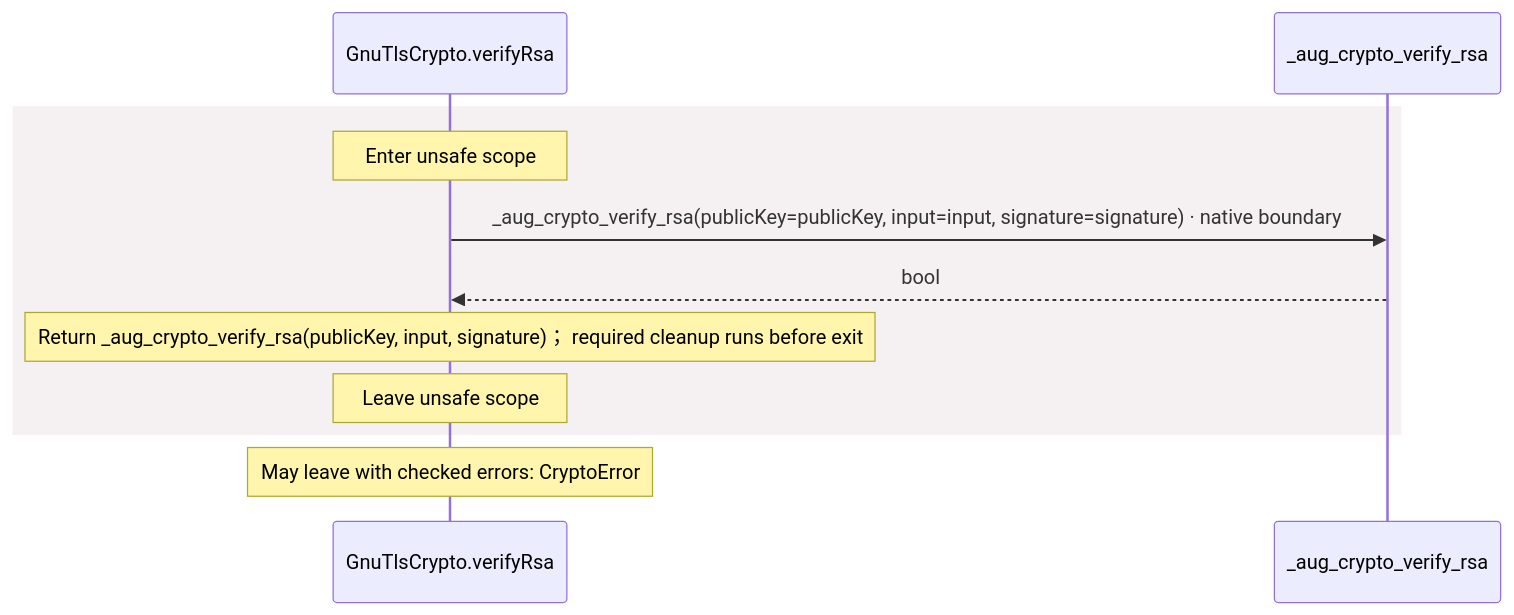
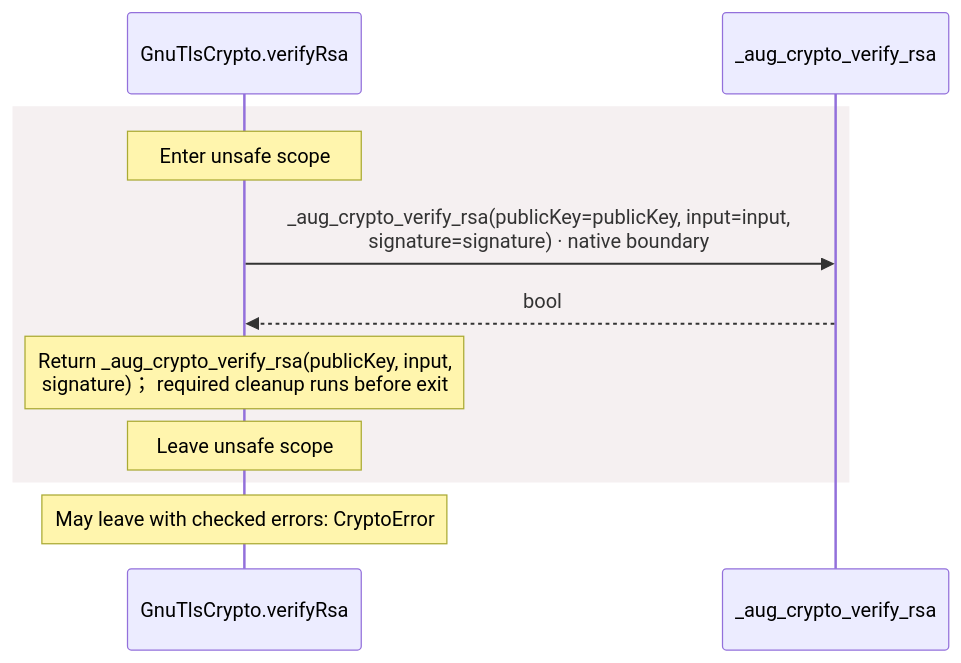
The ninth of 14 diagrams in docs/examples/oidc-login/dependencies/packages/@git/url_9ef654c66d34ab8f5527/0.0.0-git.b14a0f9aa41f1ce58bd51133bcdc424033e40d40/contracts-diagrams.md (GreenPandaStudios/augscript), drawn with Mermaid before and after one commit. The commit also changed other lines of this file and 200 other files, not shown here.

Commit message:
Group imported operations and wrap readable sequence messages

````diff
--- a/docs/examples/oidc-login/dependencies/packages/@git/url_9ef654c66d34ab8f5527/0.0.0-git.b14a0f9aa41f1ce58bd51133bcdc424033e40d40/contracts-diagrams.md
+++ b/docs/examples/oidc-login/dependencies/packages/@git/url_9ef654c66d34ab8f5527/0.0.0-git.b14a0f9aa41f1ce58bd51133bcdc424033e40d40/contracts-diagrams.md
@@ -391,13 +391,13 @@
 ```mermaid
 sequenceDiagram
     participant p0 as GnuTlsCrypto.verifyRsa
     participant p1 as _aug_crypto_verify_rsa
     rect rgb(245, 240, 241)
     Note over p0: Enter unsafe scope
-    p0->>p1: _aug_crypto_verify_rsa(publicKey=publicKey, input=input, signature=signature) · native boundary
+    p0->>p1: _aug_crypto_verify_rsa(publicKey=publicKey, input=input,<br/>signature=signature) · native boundary
     p1-->>p0: bool
-    Note over p0: Return _aug_crypto_verify_rsa(publicKey, input, signature)； required cleanup runs before exit
+    Note over p0: Return _aug_crypto_verify_rsa(publicKey, input,<br/>signature)； required cleanup runs before exit
     Note over p0: Leave unsafe scope
     end
     Note over p0: May leave with checked errors: CryptoError
 ```
````
